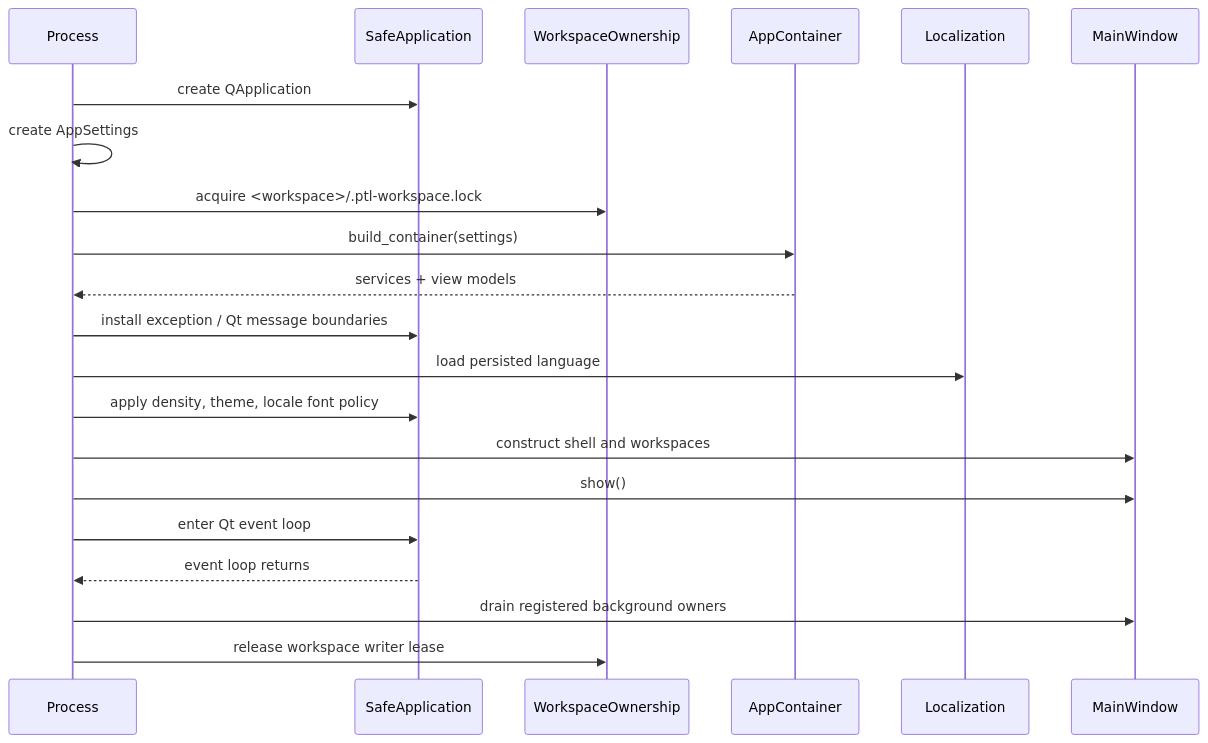
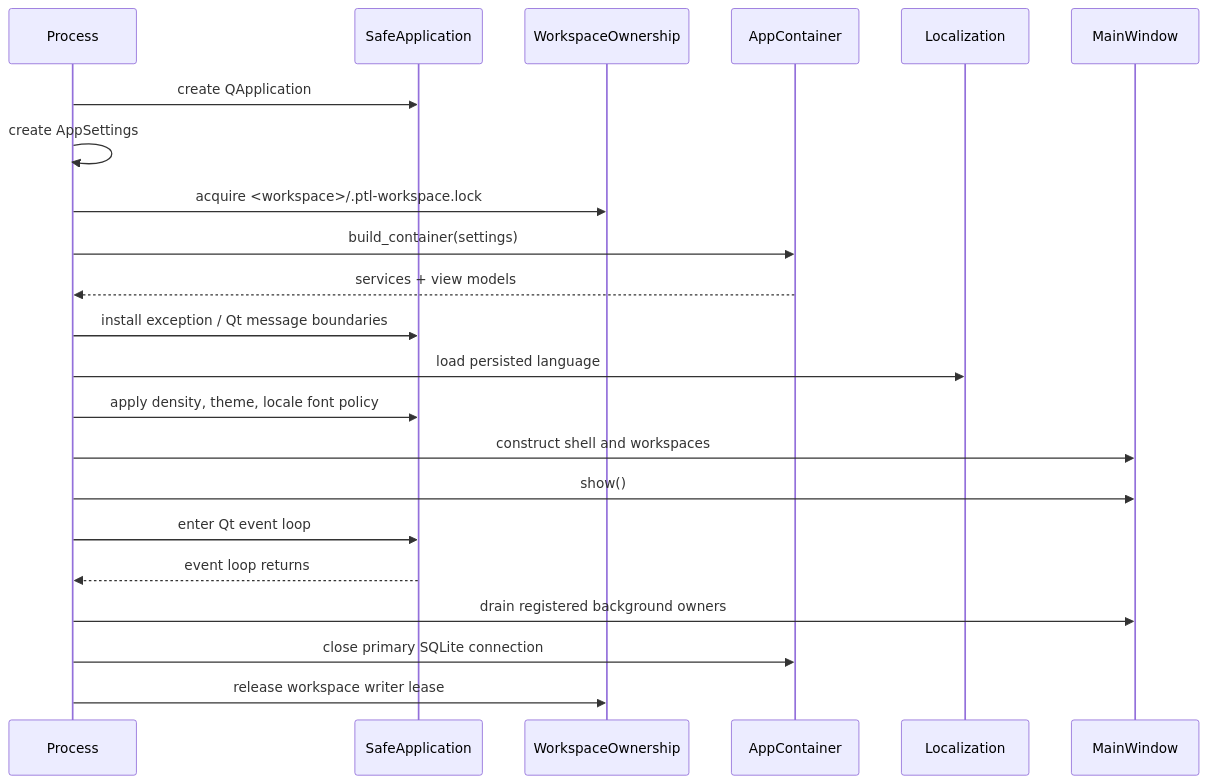
Before and after one commit to quendoris/persona-training-lab: the second of 3 diagrams in docs/architecture/overview.md, drawn with Mermaid. The commit also changed other lines of this file and 4 other files, not shown here.

````diff
--- a/docs/architecture/overview.md
+++ b/docs/architecture/overview.md
@@ -66,24 +66,25 @@
 ```mermaid
 sequenceDiagram
     participant P as Process
     participant A as SafeApplication
     participant O as WorkspaceOwnership
     participant C as AppContainer
     participant I as Localization
     participant W as MainWindow
 
     P->>A: create QApplication
     P->>P: create AppSettings
     P->>O: acquire <workspace>/.ptl-workspace.lock
     P->>C: build_container(settings)
     C-->>P: services + view models
     P->>A: install exception / Qt message boundaries
     P->>I: load persisted language
     P->>A: apply density, theme, locale font policy
     P->>W: construct shell and workspaces
     P->>W: show()
     P->>A: enter Qt event loop
     A-->>P: event loop returns
     P->>W: drain registered background owners
+    P->>C: close primary SQLite connection
     P->>O: release workspace writer lease
 ```
````
